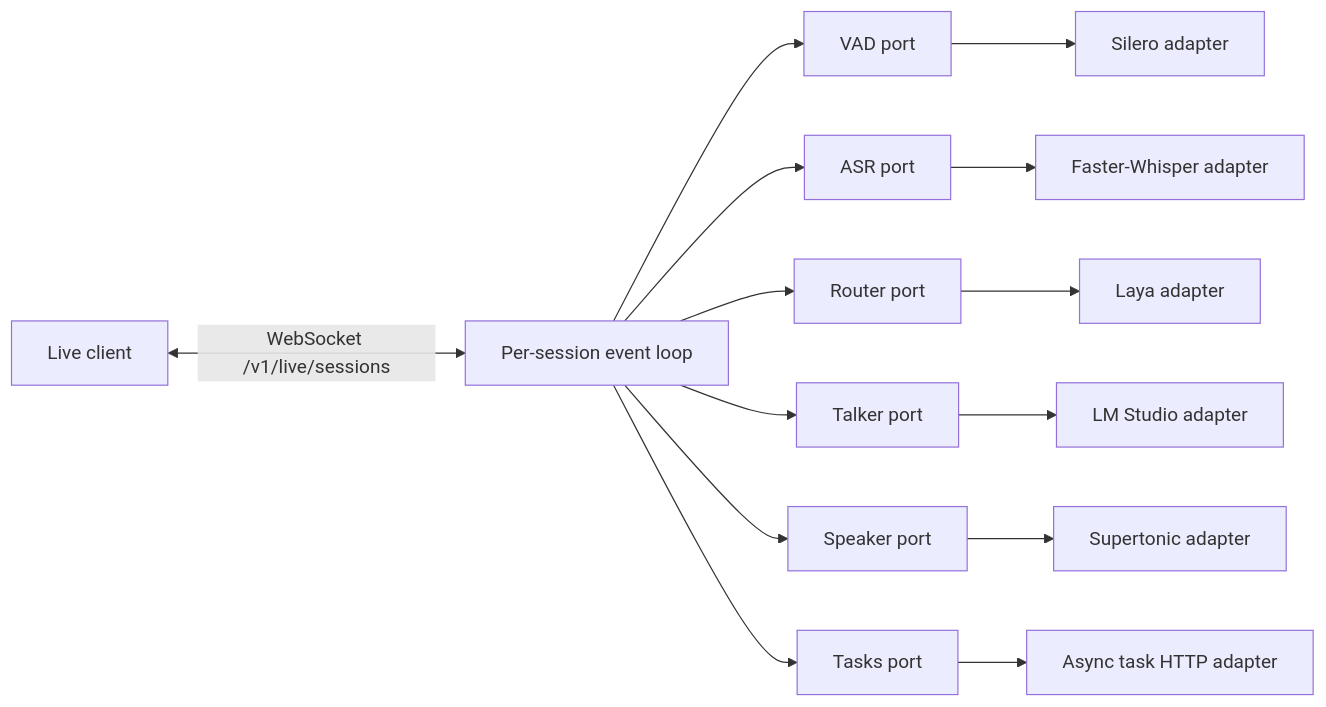
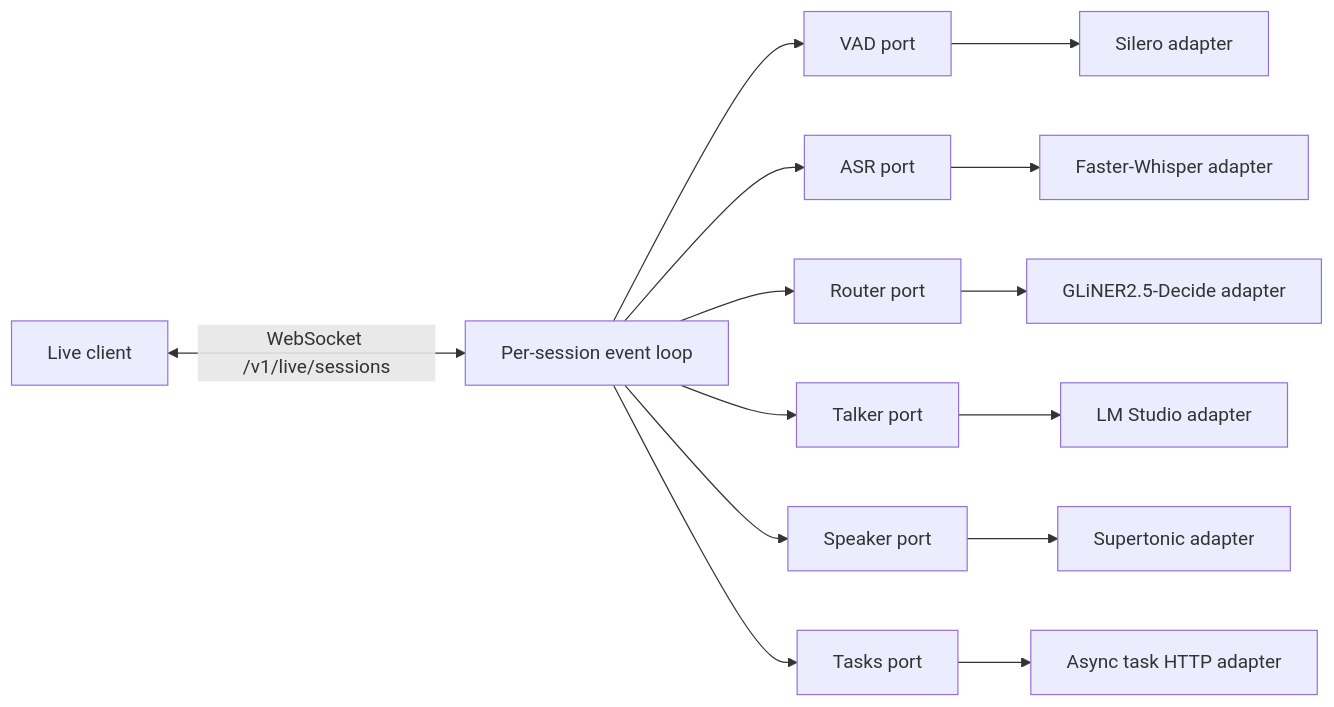
One commit to tavallaie/open-gptlive-poc changed the first of 2 diagrams in README.md. Above: the diagram before and after it, drawn with Mermaid. The commit also changed other lines of this file and 11 other files, not shown here.

First line of the commit message:
Replace Laya router references with GLiNER2.5-Decide (#16)

````diff
--- a/README.md
+++ b/README.md
@@ -11,16 +11,16 @@
 ```mermaid
 flowchart LR
     Client[Live client] <-->|WebSocket /v1/live/sessions| Session[Per-session event loop]
     Session --> VAD[VAD port]
     Session --> ASR[ASR port]
     Session --> Router[Router port]
     Session --> Talker[Talker port]
     Session --> Speaker[Speaker port]
     Session --> Tasks[Tasks port]
     VAD --> Silero[Silero adapter]
     ASR --> Whisper[Faster-Whisper adapter]
-    Router --> Laya[Laya adapter]
+    Router --> GLiNER[GLiNER2.5-Decide adapter]
     Talker --> LM[LM Studio adapter]
     Speaker --> Supertonic[Supertonic adapter]
     Tasks --> HTTP[Async task HTTP adapter]
 ```
````
